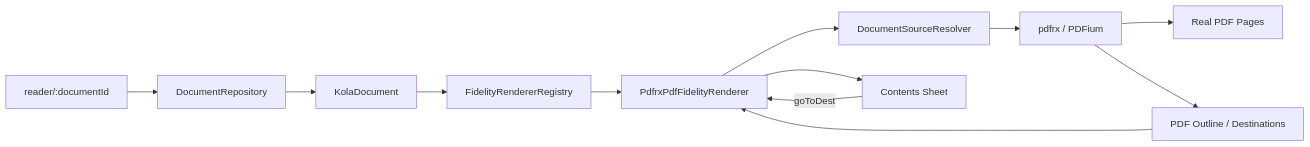
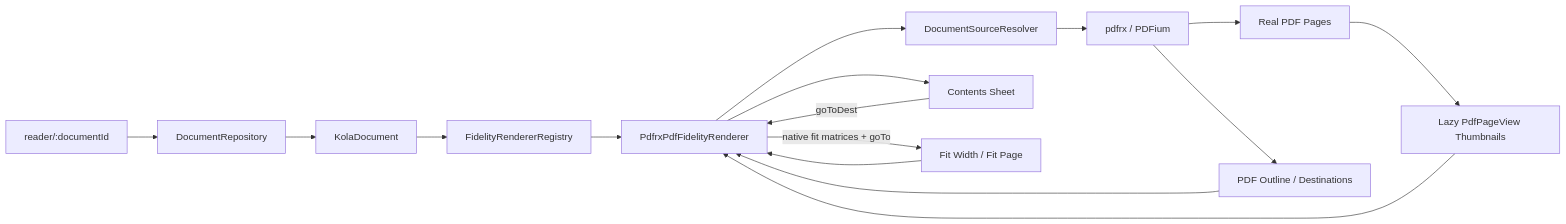
Before and after one commit to aaditya140103/kola: the third of 17 diagrams in docs/PROJECT_GRAPH.md, drawn with Mermaid. The commit also changed other lines of this file and 3 other files, not shown here.

Commit message:
Add PDF fit controls

````diff
--- a/docs/PROJECT_GRAPH.md
+++ b/docs/PROJECT_GRAPH.md
@@ -52,17 +52,21 @@
 ```mermaid
 flowchart LR
     Route[reader/:documentId]
     Repo[DocumentRepository]
     Doc[KolaDocument]
     Fidelity[FidelityRendererRegistry]
     Resolver[DocumentSourceResolver]
     View[PdfrxPdfFidelityRenderer]
     PDFium[pdfrx / PDFium]
     Pages[Real PDF Pages]
     Outline[PDF Outline / Destinations]
     Contents[Contents Sheet]
+    Thumbs[Lazy PdfPageView Thumbnails]
+    Fit[Fit Width / Fit Page]
 
     Route --> Repo --> Doc --> Fidelity --> View --> Resolver --> PDFium --> Pages
     PDFium --> Outline --> View --> Contents
     Contents -- goToDest --> View
+    Pages --> Thumbs --> View
+    View -- native fit matrices + goTo --> Fit --> View
 ```
````
